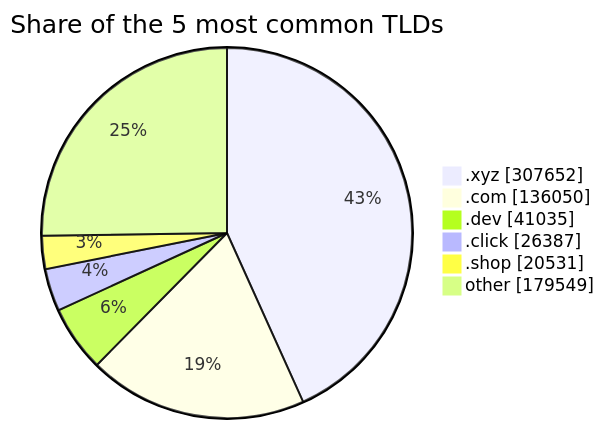
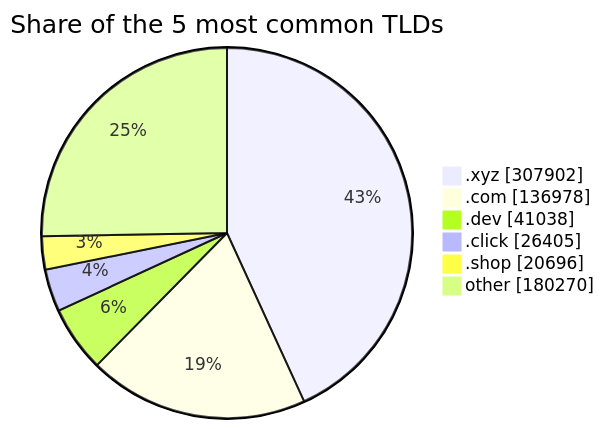
One commit to DNSBunker/CTI changed the third of 3 diagrams in README.md. Above: the diagram before and after it, drawn with Mermaid. The commit also changed other lines of this file and 3 other files, not shown here.

````diff
--- a/README.md
+++ b/README.md
@@ -81,9 +81,9 @@
 ```mermaid
 pie showData title Share of the 5 most common TLDs
-    ".xyz" : 307652
-    ".com" : 136050
-    ".dev" : 41035
-    ".click" : 26387
-    ".shop" : 20531
-    "other" : 179549
+    ".xyz" : 307902
+    ".com" : 136978
+    ".dev" : 41038
+    ".click" : 26405
+    ".shop" : 20696
+    "other" : 180270
 ```
````
